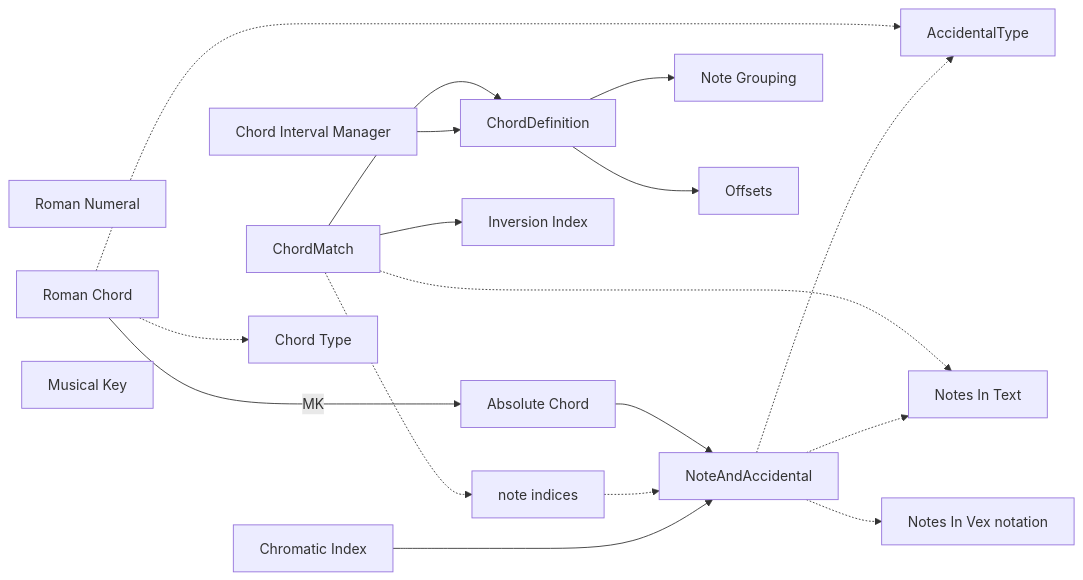
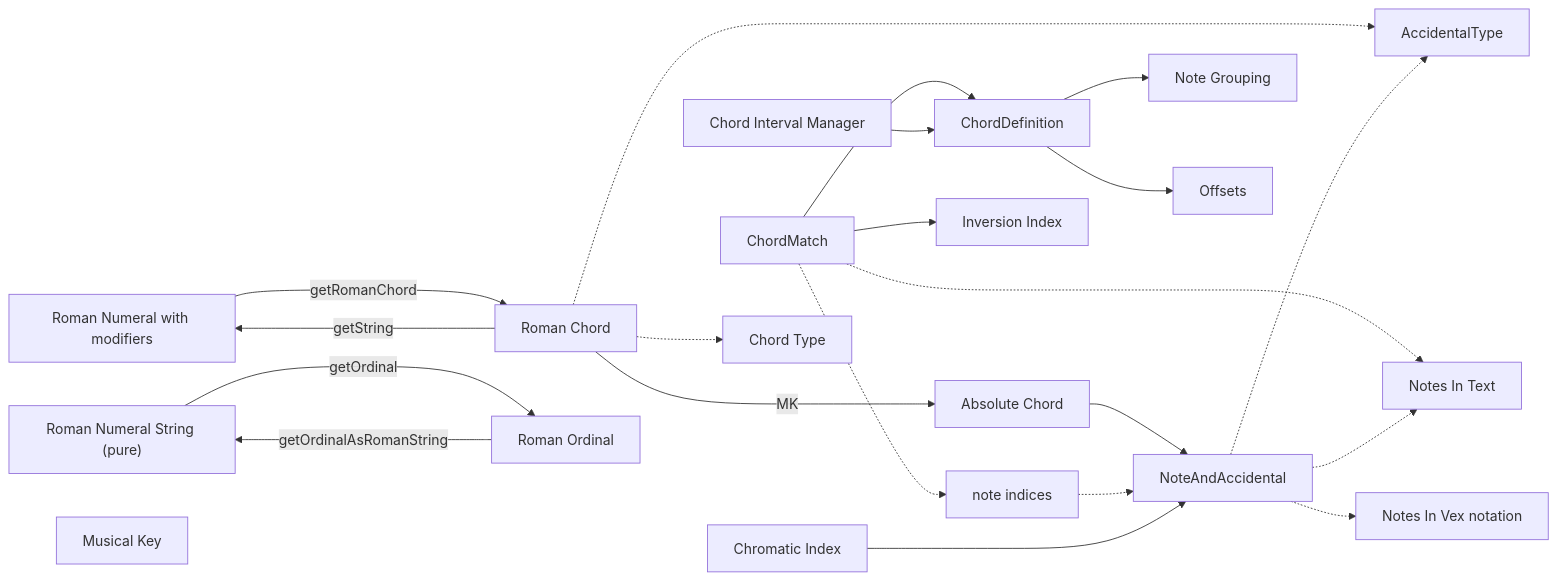
The diagram in docs/Representation.mmd (alekslovestech/chromatic-circle), drawn with Mermaid before and after one commit. The commit also changed other lines of this file, not shown here.

Commit message:
more diagram tweaks

```diff
--- a/docs/Representation.mmd
+++ b/docs/Representation.mmd
@@ -1,38 +1,47 @@
 flowchart LR
 
 NI["note indices"]
 NA["NoteAndAccidental"]
 NT["Notes In Text"]
 NV["Notes In Vex notation"]
 CM["ChordMatch"]
 CD["ChordDefinition"]
 CIM["Chord Interval Manager"]
 II["Inversion Index"]
 NG["Note Grouping"]
 OI["Offsets"]
 AT["AccidentalType"]
-RN["Roman Numeral"]
+
+RNM["Roman Numeral with modifiers"]
+RNS["Roman Numeral String (pure)"]
 RC["Roman Chord"]
+RO["Roman Ordinal"]
+
 AC["Absolute Chord"]
 MK["Musical Key"]
 CI["Chromatic Index"]
 CT["Chord Type"]
 
 AC --> NA
 CM --> CD  
 CD --> NG
 CD --> OI
 CIM --> CD
 CM -.-> NT
 CM -.-> NI
 CM --> II
 NI -.-> NA 
 NA -.-> NT 
 NA -.-> NV 
 
 RC -.-> CT
 RC -.-> AT
 RC --->|MK| AC
+RNS ---> |getOrdinal| RO
+RO ---> |getOrdinalAsRomanString| RNS
+
+RC ---> |getString| RNM
+RNM ---> |getRomanChord| RC
 
 CI ---> NA
 NA -.-> AT
```
